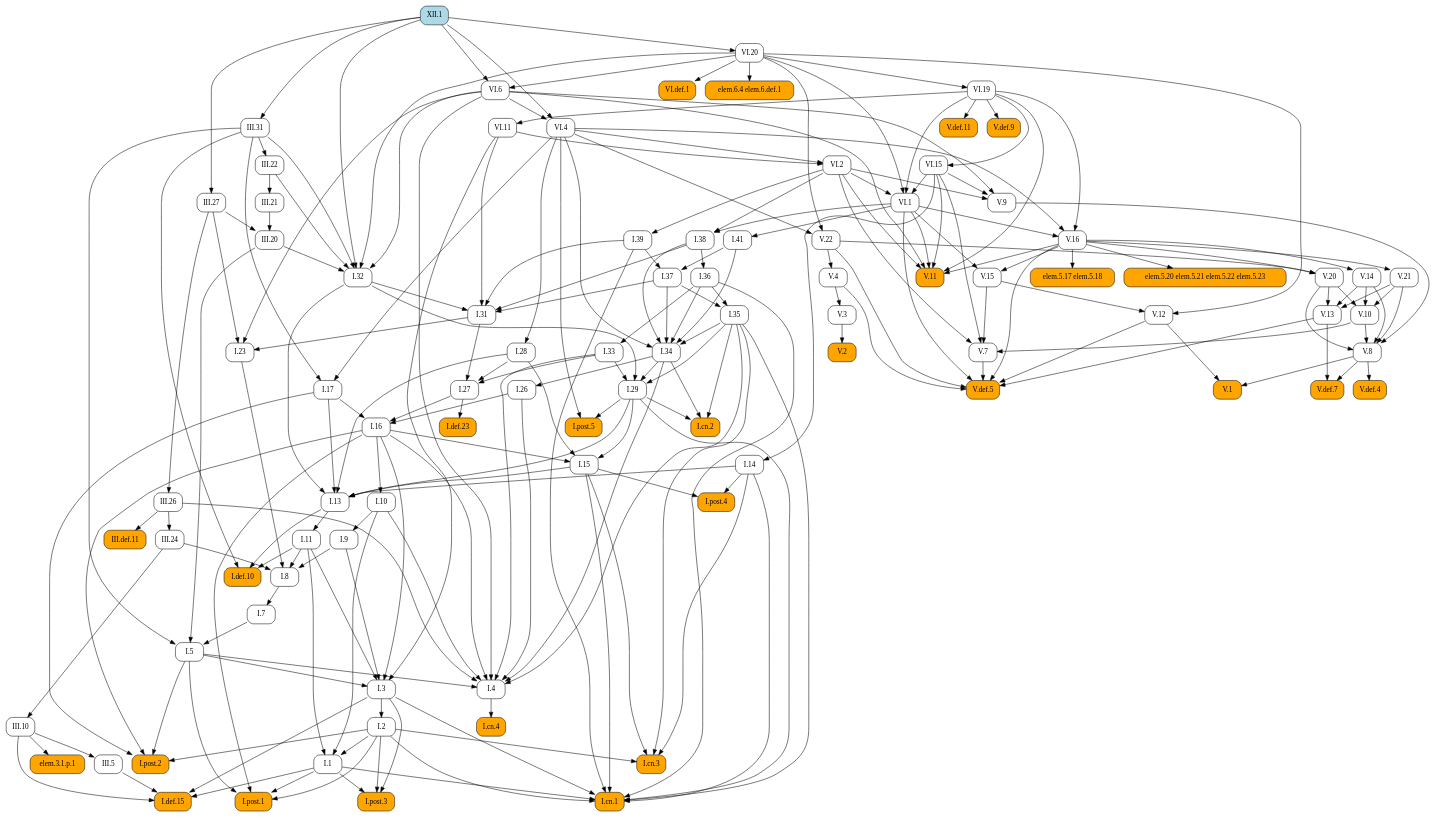
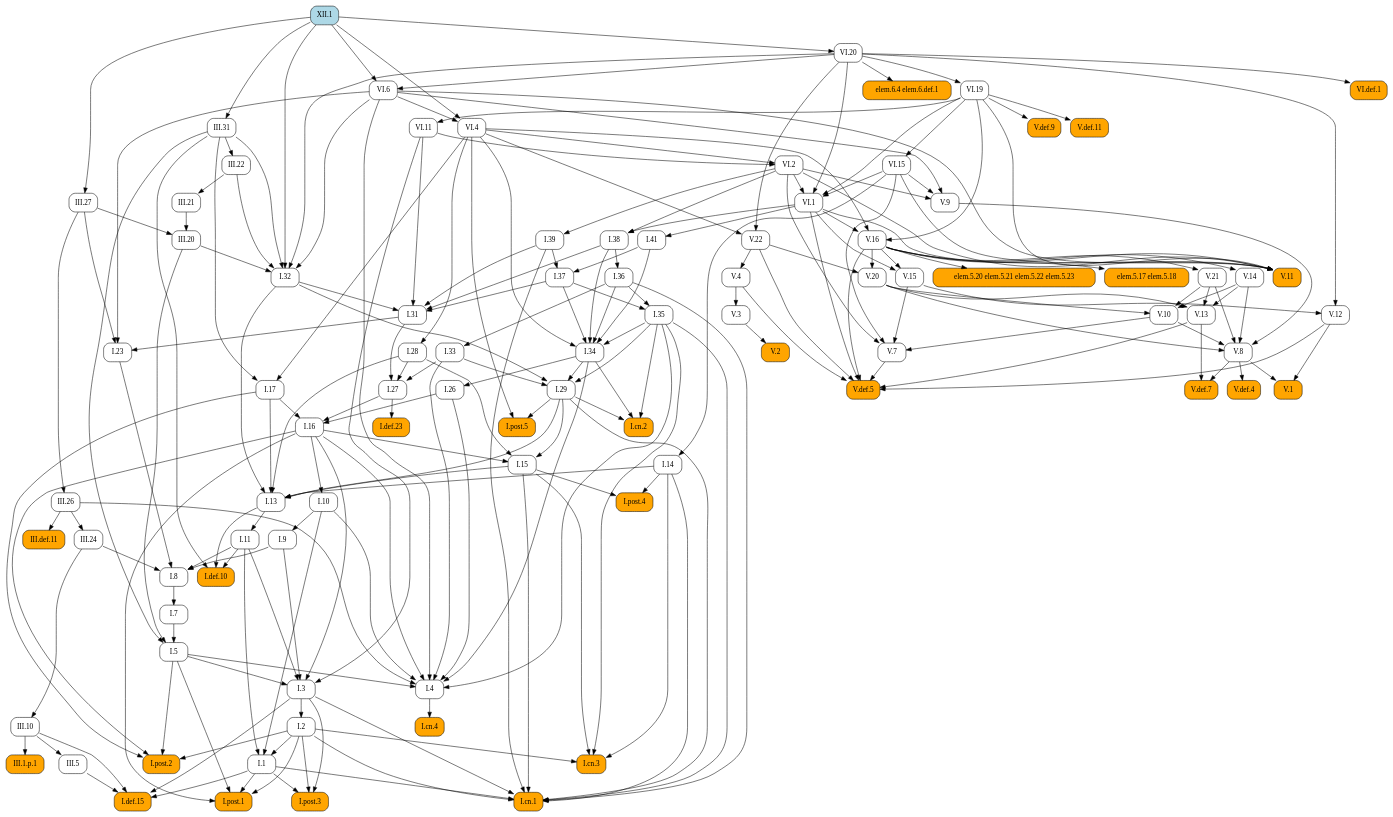
Before and after one commit to geometor/elements: the diagram in docsrc/heath/XII/1/index.rst, drawn with Graphviz. The commit also changed 484 other files, not shown here.

```diff
--- a/docsrc/heath/XII/1/index.rst
+++ b/docsrc/heath/XII/1/index.rst
@@ -47,104 +47,229 @@
    digraph {
      rankdir="TB";
      node [shape=box, style=rounded];
+     "I.23" [URL="/heath/I/23/", target="_top"];
+     "I.9" [URL="/heath/I/9/", target="_top"];
+     "III.24" [URL="/heath/III/24/", target="_top"];
+     "VI.def.1" [style="rounded,filled", fillcolor=orange, URL="/heath/VI/def.1/", target="_top"];
+     "I.def.15" [style="rounded,filled", fillcolor=orange, URL="/heath/I/def.15/", target="_top"];
+     "V.13" [URL="/heath/V/13/", target="_top"];
+     "V.7" [URL="/heath/V/7/", target="_top"];
+     "elem.5.17 elem.5.18" [style="rounded,filled", fillcolor=orange];
+     "I.post.1" [style="rounded,filled", fillcolor=orange, URL="/heath/I/post.1/", target="_top"];
+     "V.14" [URL="/heath/V/14/", target="_top"];
+     "III.20" [URL="/heath/III/20/", target="_top"];
+     "V.9" [URL="/heath/V/9/", target="_top"];
+     "VI.20" [URL="/heath/VI/20/", target="_top"];
+     "I.31" [URL="/heath/I/31/", target="_top"];
+     "III.22" [URL="/heath/III/22/", target="_top"];
      "I.def.10" [style="rounded,filled", fillcolor=orange, URL="/heath/I/def.10/", target="_top"];
+     "V.10" [URL="/heath/V/10/", target="_top"];
+     "V.4" [URL="/heath/V/4/", target="_top"];
+     "VI.1" [URL="/heath/VI/1/", target="_top"];
+     "I.39" [URL="/heath/I/39/", target="_top"];
+     "I.14" [URL="/heath/I/14/", target="_top"];
+     "V.11" [style="rounded,filled", fillcolor=orange, URL="/heath/V/11/", target="_top"];
+     "I.34" [URL="/heath/I/34/", target="_top"];
+     "I.3" [URL="/heath/I/3/", target="_top"];
+     "V.def.4" [style="rounded,filled", fillcolor=orange, URL="/heath/V/def.4/", target="_top"];
+     "V.def.7" [style="rounded,filled", fillcolor=orange, URL="/heath/V/def.7/", target="_top"];
+     "V.21" [URL="/heath/V/21/", target="_top"];
+     "I.2" [URL="/heath/I/2/", target="_top"];
+     "V.3" [URL="/heath/V/3/", target="_top"];
+     "I.13" [URL="/heath/I/13/", target="_top"];
+     "I.post.4" [style="rounded,filled", fillcolor=orange, URL="/heath/I/post.4/", target="_top"];
+     "I.4" [URL="/heath/I/4/", target="_top"];
+     "I.1" [URL="/heath/I/1/", target="_top"];
+     "I.8" [URL="/heath/I/8/", target="_top"];
+     "I.17" [URL="/heath/I/17/", target="_top"];
+     "I.29" [URL="/heath/I/29/", target="_top"];
+     "I.38" [URL="/heath/I/38/", target="_top"];
+     "V.8" [URL="/heath/V/8/", target="_top"];
+     "XII.1" [style="rounded,filled", fillcolor=lightblue, URL="/heath/XII/1/", target="_top"];
+     "I.15" [URL="/heath/I/15/", target="_top"];
+     "I.10" [URL="/heath/I/10/", target="_top"];
      "I.11" [URL="/heath/I/11/", target="_top"];
-     "I.post.4" [style="rounded,filled", fillcolor=orange, URL="/heath/I/post.4/", target="_top"];
-     "I.28" [URL="/heath/I/28/", target="_top"];
-     "I.1" [URL="/heath/I/1/", target="_top"];
-     "V.def.5" [style="rounded,filled", fillcolor=orange, URL="/heath/V/def.5/", target="_top"];
-     "III.20" [URL="/heath/III/20/", target="_top"];
-     "III.31" [URL="/heath/III/31/", target="_top"];
-     "V.13" [URL="/heath/V/13/", target="_top"];
-     "V.11" [style="rounded,filled", fillcolor=orange, URL="/heath/V/11/", target="_top"];
-     "VI.6" [URL="/heath/VI/6/", target="_top"];
+     "I.def.23" [style="rounded,filled", fillcolor=orange, URL="/heath/I/def.23/", target="_top"];
+     "V.def.9" [style="rounded,filled", fillcolor=orange, URL="/heath/V/def.9/", target="_top"];
+     "V.def.11" [style="rounded,filled", fillcolor=orange, URL="/heath/V/def.11/", target="_top"];
+     "VI.4" [URL="/heath/VI/4/", target="_top"];
+     "I.26" [URL="/heath/I/26/", target="_top"];
+     "elem.6.4 elem.6.def.1" [style="rounded,filled", fillcolor=orange];
+     "V.16" [URL="/heath/V/16/", target="_top"];
+     "VI.15" [URL="/heath/VI/15/", target="_top"];
+     "I.33" [URL="/heath/I/33/", target="_top"];
+     "I.32" [URL="/heath/I/32/", target="_top"];
      "III.def.11" [style="rounded,filled", fillcolor=orange, URL="/heath/III/def.11/", target="_top"];
      "I.post.3" [style="rounded,filled", fillcolor=orange, URL="/heath/I/post.3/", target="_top"];
-     "VI.1" [URL="/heath/VI/1/", target="_top"];
+     "V.def.5" [style="rounded,filled", fillcolor=orange, URL="/heath/V/def.5/", target="_top"];
+     "VI.19" [URL="/heath/VI/19/", target="_top"];
+     "III.10" [URL="/heath/III/10/", target="_top"];
+     "I.27" [URL="/heath/I/27/", target="_top"];
+     "V.20" [URL="/heath/V/20/", target="_top"];
+     "V.12" [URL="/heath/V/12/", target="_top"];
+     "III.5" [URL="/heath/III/5/", target="_top"];
+     "I.35" [URL="/heath/I/35/", target="_top"];
+     "I.cn.1" [style="rounded,filled", fillcolor=orange, URL="/heath/I/cn.1/", target="_top"];
+     "V.2" [style="rounded,filled", fillcolor=orange, URL="/heath/V/2/", target="_top"];
+     "VI.6" [URL="/heath/VI/6/", target="_top"];
+     "I.7" [URL="/heath/I/7/", target="_top"];
+     "III.27" [URL="/heath/III/27/", target="_top"];
+     "III.26" [URL="/heath/III/26/", target="_top"];
+     "I.36" [URL="/heath/I/36/", target="_top"];
+     "I.5" [URL="/heath/I/5/", target="_top"];
+     "I.37" [URL="/heath/I/37/", target="_top"];
      "I.cn.3" [style="rounded,filled", fillcolor=orange, URL="/heath/I/cn.3/", target="_top"];
-     "I.14" [URL="/heath/I/14/", target="_top"];
-     "V.16" [URL="/heath/V/16/", target="_top"];
-     "VI.11" [URL="/heath/VI/11/", target="_top"];
-     "VI.4" [URL="/heath/VI/4/", target="_top"];
-     "V.3" [URL="/heath/V/3/", target="_top"];
-     "I.36" [URL="/heath/I/36/", target="_top"];
-     "I.41" [URL="/heath/I/41/", target="_top"];
-     "I.27" [URL="/heath/I/27/", target="_top"];
-     "V.8" [URL="/heath/V/8/", target="_top"];
-     "I.37" [URL="/heath/I/37/", target="_top"];
-     "I.34" [URL="/heath/I/34/", target="_top"];
-     "I.2" [URL="/heath/I/2/", target="_top"];
-     "I.def.23" [style="rounded,filled", fillcolor=orange, URL="/heath/I/def.23/", target="_top"];
-     "I.17" [URL="/heath/I/17/", target="_top"];
-     "I.33" [URL="/heath/I/33/", target="_top"];
-     "I.post.2" [style="rounded,filled", fillcolor=orange, URL="/heath/I/post.2/", target="_top"];
-     "VI.def.1" [style="rounded,filled", fillcolor=orange, URL="/heath/VI/def.1/", target="_top"];
-     "elem.5.20 elem.5.21 elem.5.22 elem.5.23" [style="rounded,filled", fillcolor=orange];
-     "I.9" [URL="/heath/I/9/", target="_top"];
-     "I.32" [URL="/heath/I/32/", target="_top"];
-     "V.def.4" [style="rounded,filled", fillcolor=orange, URL="/heath/V/def.4/", target="_top"];
-     "I.cn.4" [style="rounded,filled", fillcolor=orange, URL="/heath/I/cn.4/", target="_top"];
-     "I.15" [URL="/heath/I/15/", target="_top"];
-     "III.22" [URL="/heath/III/22/", target="_top"];
-     "I.38" [URL="/heath/I/38/", target="_top"];
-     "V.def.7" [style="rounded,filled", fillcolor=orange, URL="/heath/V/def.7/", target="_top"];
-     "I.5" [URL="/heath/I/5/", target="_top"];
-     "V.21" [URL="/heath/V/21/", target="_top"];
-     "III.5" [URL="/heath/III/5/", target="_top"];
-     "elem.6.4 elem.6.def.1" [style="rounded,filled", fillcolor=orange];
-     "I.39" [URL="/heath/I/39/", target="_top"];
-     "V.def.11" [style="rounded,filled", fillcolor=orange, URL="/heath/V/def.11/", target="_top"];
-     "I.26" [URL="/heath/I/26/", target="_top"];
-     "III.26" [URL="/heath/III/26/", target="_top"];
-     "V.14" [URL="/heath/V/14/", target="_top"];
-     "I.29" [URL="/heath/I/29/", target="_top"];
-     "elem.3.1.p.1" [style="rounded,filled", fillcolor=orange];
-     "V.12" [URL="/heath/V/12/", target="_top"];
+     "I.16" [URL="/heath/I/16/", target="_top"];
+     "III.31" [URL="/heath/III/31/", target="_top"];
+     "V.1" [style="rounded,filled", fillcolor=orange, URL="/heath/V/1/", target="_top"];
+     "III.1.p.1" [style="rounded,filled", fillcolor=orange];
      "V.22" [URL="/heath/V/22/", target="_top"];
      "I.cn.2" [style="rounded,filled", fillcolor=orange, URL="/heath/I/cn.2/", target="_top"];
-     "V.20" [URL="/heath/V/20/", target="_top"];
-     "V.10" [URL="/heath/V/10/", target="_top"];
+     "I.post.5" [style="rounded,filled", fillcolor=orange, URL="/heath/I/post.5/", target="_top"];
+     "I.28" [URL="/heath/I/28/", target="_top"];
      "VI.2" [URL="/heath/VI/2/", target="_top"];
-     "I.def.15" [style="rounded,filled", fillcolor=orange, URL="/heath/I/def.15/", target="_top"];
+     "III.21" [URL="/heath/III/21/", target="_top"];
      "V.15" [URL="/heath/V/15/", target="_top"];
-     "XII.1" [style="rounded,filled", fillcolor=lightblue, URL="/heath/XII/1/", target="_top"];
-     "I.cn.1" [style="rounded,filled", fillcolor=orange, URL="/heath/I/cn.1/", target="_top"];
-     "V.7" [URL="/heath/V/7/", target="_top"];
-     "V.9" [URL="/heath/V/9/", target="_top"];
-     "I.23" [URL="/heath/I/23/", target="_top"];
-     "I.post.1" [style="rounded,filled", fillcolor=orange, URL="/heath/I/post.1/", target="_top"];
-     "III.24" [URL="/heath/III/24/", target="_top"];
-     "I.35" [URL="/heath/I/35/", target="_top"];
-     "V.def.9" [style="rounded,filled", fillcolor=orange, URL="/heath/V/def.9/", target="_top"];
-     "I.7" [URL="/heath/I/7/", target="_top"];
-     "I.3" [URL="/heath/I/3/", target="_top"];
-     "I.4" [URL="/heath/I/4/", target="_top"];
-     "I.13" [URL="/heath/I/13/", target="_top"];
-     "V.4" [URL="/heath/V/4/", target="_top"];
-     "VI.20" [URL="/heath/VI/20/", target="_top"];
-     "I.31" [URL="/heath/I/31/", target="_top"];
-     "V.1" [style="rounded,filled", fillcolor=orange, URL="/heath/V/1/", target="_top"];
-     "I.16" [URL="/heath/I/16/", target="_top"];
-     "III.10" [URL="/heath/III/10/", target="_top"];
-     "elem.5.17 elem.5.18" [style="rounded,filled", fillcolor=orange];
-     "III.27" [URL="/heath/III/27/", target="_top"];
-     "VI.15" [URL="/heath/VI/15/", target="_top"];
-     "I.8" [URL="/heath/I/8/", target="_top"];
-     "V.2" [style="rounded,filled", fillcolor=orange, URL="/heath/V/2/", target="_top"];
-     "III.21" [URL="/heath/III/21/", target="_top"];
-     "I.post.5" [style="rounded,filled", fillcolor=orange, URL="/heath/I/post.5/", target="_top"];
-     "VI.19" [URL="/heath/VI/19/", target="_top"];
-     "I.10" [URL="/heath/I/10/", target="_top"];
+     "I.post.2" [style="rounded,filled", fillcolor=orange, URL="/heath/I/post.2/", target="_top"];
+     "I.41" [URL="/heath/I/41/", target="_top"];
+     "I.cn.4" [style="rounded,filled", fillcolor=orange, URL="/heath/I/cn.4/", target="_top"];
+     "VI.11" [URL="/heath/VI/11/", target="_top"];
+     "elem.5.20 elem.5.21 elem.5.22 elem.5.23" [style="rounded,filled", fillcolor=orange];
+     "I.31" -> "I.23";
+     "III.27" -> "I.23";
+     "VI.6" -> "I.23";
+     "I.10" -> "I.9";
+     "III.26" -> "III.24";
+     "VI.20" -> "VI.def.1";
+     "I.1" -> "I.def.15";
+     "I.3" -> "I.def.15";
+     "III.5" -> "I.def.15";
+     "III.10" -> "I.def.15";
+     "V.14" -> "V.13";
+     "V.20" -> "V.13";
+     "V.21" -> "V.13";
+     "V.10" -> "V.7";
+     "V.15" -> "V.7";
+     "VI.2" -> "V.7";
+     "VI.15" -> "V.7";
+     "V.16" -> "elem.5.17 elem.5.18";
+     "I.1" -> "I.post.1";
+     "I.2" -> "I.post.1";
+     "I.5" -> "I.post.1";
+     "I.16" -> "I.post.1";
+     "V.16" -> "V.14";
+     "III.21" -> "III.20";
+     "III.27" -> "III.20";
+     "VI.2" -> "V.9";
+     "VI.6" -> "V.9";
+     "VI.15" -> "V.9";
+     "XII.1" -> "VI.20";
+     "I.32" -> "I.31";
+     "I.37" -> "I.31";
+     "I.38" -> "I.31";
+     "I.39" -> "I.31";
+     "VI.11" -> "I.31";
+     "III.31" -> "III.22";
      "I.11" -> "I.def.10";
      "I.13" -> "I.def.10";
      "III.31" -> "I.def.10";
-     "I.13" -> "I.11";
+     "V.14" -> "V.10";
+     "V.20" -> "V.10";
+     "V.21" -> "V.10";
+     "V.22" -> "V.4";
+     "VI.2" -> "VI.1";
+     "VI.15" -> "VI.1";
+     "VI.19" -> "VI.1";
+     "VI.20" -> "VI.1";
+     "VI.2" -> "I.39";
+     "VI.15" -> "I.14";
+     "V.16" -> "V.11";
+     "VI.1" -> "V.11";
+     "VI.2" -> "V.11";
+     "VI.6" -> "V.11";
+     "VI.15" -> "V.11";
+     "VI.19" -> "V.11";
+     "I.35" -> "I.34";
+     "I.36" -> "I.34";
+     "I.37" -> "I.34";
+     "I.38" -> "I.34";
+     "I.41" -> "I.34";
+     "VI.4" -> "I.34";
+     "I.5" -> "I.3";
+     "I.9" -> "I.3";
+     "I.11" -> "I.3";
+     "I.16" -> "I.3";
+     "VI.11" -> "I.3";
+     "V.8" -> "V.def.4";
+     "V.8" -> "V.def.7";
+     "V.13" -> "V.def.7";
+     "V.16" -> "V.21";
+     "I.3" -> "I.2";
+     "V.4" -> "V.3";
+     "I.14" -> "I.13";
+     "I.15" -> "I.13";
+     "I.17" -> "I.13";
+     "I.28" -> "I.13";
+     "I.29" -> "I.13";
+     "I.32" -> "I.13";
      "I.14" -> "I.post.4";
      "I.15" -> "I.post.4";
-     "VI.4" -> "I.28";
+     "I.5" -> "I.4";
+     "I.10" -> "I.4";
+     "I.16" -> "I.4";
+     "I.26" -> "I.4";
+     "I.33" -> "I.4";
+     "I.34" -> "I.4";
+     "I.35" -> "I.4";
+     "III.26" -> "I.4";
+     "VI.6" -> "I.4";
      "I.2" -> "I.1";
      "I.10" -> "I.1";
      "I.11" -> "I.1";
+     "I.9" -> "I.8";
+     "I.11" -> "I.8";
+     "I.23" -> "I.8";
+     "III.24" -> "I.8";
+     "III.31" -> "I.17";
+     "VI.4" -> "I.17";
+     "I.32" -> "I.29";
+     "I.33" -> "I.29";
+     "I.34" -> "I.29";
+     "I.35" -> "I.29";
+     "VI.1" -> "I.38";
+     "VI.2" -> "I.38";
+     "V.9" -> "V.8";
+     "V.10" -> "V.8";
+     "V.14" -> "V.8";
+     "V.20" -> "V.8";
+     "V.21" -> "V.8";
+     "I.16" -> "I.15";
+     "I.28" -> "I.15";
+     "I.29" -> "I.15";
+     "I.16" -> "I.10";
+     "I.13" -> "I.11";
+     "I.27" -> "I.def.23";
+     "VI.19" -> "V.def.9";
+     "VI.19" -> "V.def.11";
+     "VI.6" -> "VI.4";
+     "XII.1" -> "VI.4";
+     "I.34" -> "I.26";
+     "VI.20" -> "elem.6.4 elem.6.def.1";
+     "VI.1" -> "V.16";
+     "VI.4" -> "V.16";
+     "VI.19" -> "V.16";
+     "VI.19" -> "VI.15";
+     "I.36" -> "I.33";
+     "III.20" -> "I.32";
+     "III.22" -> "I.32";
+     "III.31" -> "I.32";
+     "VI.6" -> "I.32";
+     "VI.20" -> "I.32";
+     "XII.1" -> "I.32";
+     "III.26" -> "III.def.11";
+     "I.1" -> "I.post.3";
+     "I.2" -> "I.post.3";
+     "I.3" -> "I.post.3";
      "V.4" -> "V.def.5";
      "V.7" -> "V.def.5";
      "V.12" -> "V.def.5";
@@ -152,122 +277,18 @@
      "V.16" -> "V.def.5";
      "V.22" -> "V.def.5";
      "VI.1" -> "V.def.5";
-     "III.21" -> "III.20";
-     "III.27" -> "III.20";
-     "XII.1" -> "III.31";
-     "V.14" -> "V.13";
-     "V.20" -> "V.13";
-     "V.21" -> "V.13";
-     "V.16" -> "V.11";
-     "VI.1" -> "V.11";
-     "VI.2" -> "V.11";
-     "VI.6" -> "V.11";
-     "VI.15" -> "V.11";
-     "VI.19" -> "V.11";
-     "VI.20" -> "VI.6";
-     "XII.1" -> "VI.6";
-     "III.26" -> "III.def.11";
-     "I.1" -> "I.post.3";
-     "I.2" -> "I.post.3";
-     "I.3" -> "I.post.3";
-     "VI.2" -> "VI.1";
-     "VI.15" -> "VI.1";
-     "VI.19" -> "VI.1";
-     "VI.20" -> "VI.1";
-     "I.2" -> "I.cn.3";
-     "I.14" -> "I.cn.3";
-     "I.15" -> "I.cn.3";
-     "I.35" -> "I.cn.3";
-     "VI.15" -> "I.14";
-     "VI.1" -> "V.16";
-     "VI.4" -> "V.16";
-     "VI.19" -> "V.16";
-     "VI.19" -> "VI.11";
-     "VI.6" -> "VI.4";
-     "XII.1" -> "VI.4";
-     "V.4" -> "V.3";
-     "I.38" -> "I.36";
-     "VI.1" -> "I.41";
+     "VI.20" -> "VI.19";
+     "III.24" -> "III.10";
      "I.28" -> "I.27";
      "I.31" -> "I.27";
      "I.33" -> "I.27";
-     "V.9" -> "V.8";
-     "V.10" -> "V.8";
-     "V.14" -> "V.8";
-     "V.20" -> "V.8";
-     "V.21" -> "V.8";
-     "I.39" -> "I.37";
-     "I.41" -> "I.37";
-     "I.35" -> "I.34";
-     "I.36" -> "I.34";
-     "I.37" -> "I.34";
-     "I.38" -> "I.34";
-     "I.41" -> "I.34";
-     "VI.4" -> "I.34";
-     "I.3" -> "I.2";
-     "I.27" -> "I.def.23";
-     "III.31" -> "I.17";
-     "VI.4" -> "I.17";
-     "I.36" -> "I.33";
-     "I.2" -> "I.post.2";
-     "I.5" -> "I.post.2";
-     "I.16" -> "I.post.2";
-     "I.17" -> "I.post.2";
-     "VI.20" -> "VI.def.1";
-     "V.16" -> "elem.5.20 elem.5.21 elem.5.22 elem.5.23";
-     "I.10" -> "I.9";
-     "III.20" -> "I.32";
-     "III.22" -> "I.32";
-     "III.31" -> "I.32";
-     "VI.6" -> "I.32";
-     "VI.20" -> "I.32";
-     "XII.1" -> "I.32";
-     "V.8" -> "V.def.4";
-     "I.4" -> "I.cn.4";
-     "I.16" -> "I.15";
-     "I.28" -> "I.15";
-     "I.29" -> "I.15";
-     "III.31" -> "III.22";
-     "VI.1" -> "I.38";
-     "VI.2" -> "I.38";
-     "V.8" -> "V.def.7";
-     "V.13" -> "V.def.7";
-     "I.7" -> "I.5";
-     "III.20" -> "I.5";
-     "III.31" -> "I.5";
-     "V.16" -> "V.21";
-     "III.10" -> "III.5";
-     "VI.20" -> "elem.6.4 elem.6.def.1";
-     "VI.2" -> "I.39";
-     "VI.19" -> "V.def.11";
-     "I.34" -> "I.26";
-     "III.27" -> "III.26";
-     "V.16" -> "V.14";
-     "I.32" -> "I.29";
-     "I.33" -> "I.29";
-     "I.34" -> "I.29";
-     "I.35" -> "I.29";
-     "III.10" -> "elem.3.1.p.1";
+     "V.16" -> "V.20";
+     "V.22" -> "V.20";
      "V.15" -> "V.12";
      "VI.20" -> "V.12";
-     "VI.4" -> "V.22";
-     "VI.20" -> "V.22";
-     "I.29" -> "I.cn.2";
-     "I.34" -> "I.cn.2";
-     "I.35" -> "I.cn.2";
-     "V.16" -> "V.20";
-     "V.22" -> "V.20";
-     "V.14" -> "V.10";
-     "V.20" -> "V.10";
-     "V.21" -> "V.10";
-     "VI.4" -> "VI.2";
-     "VI.11" -> "VI.2";
-     "I.1" -> "I.def.15";
-     "I.3" -> "I.def.15";
-     "III.5" -> "I.def.15";
-     "III.10" -> "I.def.15";
-     "V.16" -> "V.15";
-     "VI.1" -> "V.15";
+     "III.10" -> "III.5";
+     "I.36" -> "I.35";
+     "I.37" -> "I.35";
      "I.1" -> "I.cn.1";
      "I.2" -> "I.cn.1";
      "I.3" -> "I.cn.1";
@@ -277,69 +298,48 @@
      "I.35" -> "I.cn.1";
      "I.36" -> "I.cn.1";
      "I.39" -> "I.cn.1";
-     "V.10" -> "V.7";
-     "V.15" -> "V.7";
-     "VI.2" -> "V.7";
-     "VI.15" -> "V.7";
-     "VI.2" -> "V.9";
-     "VI.6" -> "V.9";
-     "VI.15" -> "V.9";
-     "I.31" -> "I.23";
-     "III.27" -> "I.23";
-     "VI.6" -> "I.23";
-     "I.1" -> "I.post.1";
-     "I.2" -> "I.post.1";
-     "I.5" -> "I.post.1";
-     "I.16" -> "I.post.1";
-     "III.26" -> "III.24";
-     "I.36" -> "I.35";
-     "I.37" -> "I.35";
-     "VI.19" -> "V.def.9";
+     "V.3" -> "V.2";
+     "VI.20" -> "VI.6";
+     "XII.1" -> "VI.6";
      "I.8" -> "I.7";
-     "I.5" -> "I.3";
-     "I.9" -> "I.3";
-     "I.11" -> "I.3";
-     "I.16" -> "I.3";
-     "VI.11" -> "I.3";
-     "I.5" -> "I.4";
-     "I.10" -> "I.4";
-     "I.16" -> "I.4";
-     "I.26" -> "I.4";
-     "I.33" -> "I.4";
-     "I.34" -> "I.4";
-     "I.35" -> "I.4";
-     "III.26" -> "I.4";
-     "VI.6" -> "I.4";
-     "I.14" -> "I.13";
-     "I.15" -> "I.13";
-     "I.17" -> "I.13";
-     "I.28" -> "I.13";
-     "I.29" -> "I.13";
-     "I.32" -> "I.13";
-     "V.22" -> "V.4";
-     "XII.1" -> "VI.20";
-     "I.32" -> "I.31";
-     "I.37" -> "I.31";
-     "I.38" -> "I.31";
-     "I.39" -> "I.31";
-     "VI.11" -> "I.31";
-     "V.8" -> "V.1";
-     "V.12" -> "V.1";
+     "XII.1" -> "III.27";
+     "III.27" -> "III.26";
+     "I.38" -> "I.36";
+     "I.7" -> "I.5";
+     "III.20" -> "I.5";
+     "III.31" -> "I.5";
+     "I.39" -> "I.37";
+     "I.41" -> "I.37";
+     "I.2" -> "I.cn.3";
+     "I.14" -> "I.cn.3";
+     "I.15" -> "I.cn.3";
+     "I.35" -> "I.cn.3";
      "I.17" -> "I.16";
      "I.26" -> "I.16";
      "I.27" -> "I.16";
-     "III.24" -> "III.10";
-     "V.16" -> "elem.5.17 elem.5.18";
-     "XII.1" -> "III.27";
-     "VI.19" -> "VI.15";
-     "I.9" -> "I.8";
-     "I.11" -> "I.8";
-     "I.23" -> "I.8";
-     "III.24" -> "I.8";
-     "V.3" -> "V.2";
-     "III.22" -> "III.21";
+     "XII.1" -> "III.31";
+     "V.8" -> "V.1";
+     "V.12" -> "V.1";
+     "III.10" -> "III.1.p.1";
+     "VI.4" -> "V.22";
+     "VI.20" -> "V.22";
+     "I.29" -> "I.cn.2";
+     "I.34" -> "I.cn.2";
+     "I.35" -> "I.cn.2";
      "I.29" -> "I.post.5";
      "VI.4" -> "I.post.5";
-     "VI.20" -> "VI.19";
-     "I.16" -> "I.10";
+     "VI.4" -> "I.28";
+     "VI.4" -> "VI.2";
+     "VI.11" -> "VI.2";
+     "III.22" -> "III.21";
+     "V.16" -> "V.15";
+     "VI.1" -> "V.15";
+     "I.2" -> "I.post.2";
+     "I.5" -> "I.post.2";
+     "I.16" -> "I.post.2";
+     "I.17" -> "I.post.2";
+     "VI.1" -> "I.41";
+     "I.4" -> "I.cn.4";
+     "VI.19" -> "VI.11";
+     "V.16" -> "elem.5.20 elem.5.21 elem.5.22 elem.5.23";
    }
```
